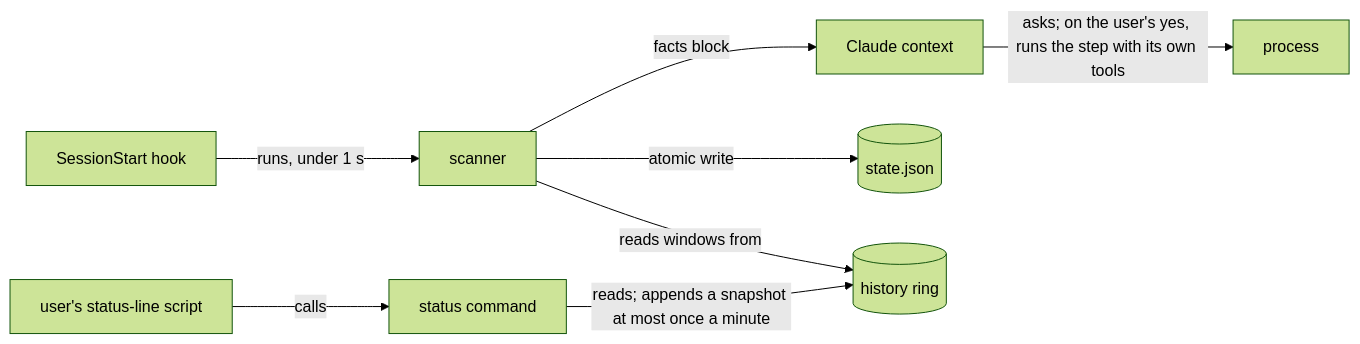
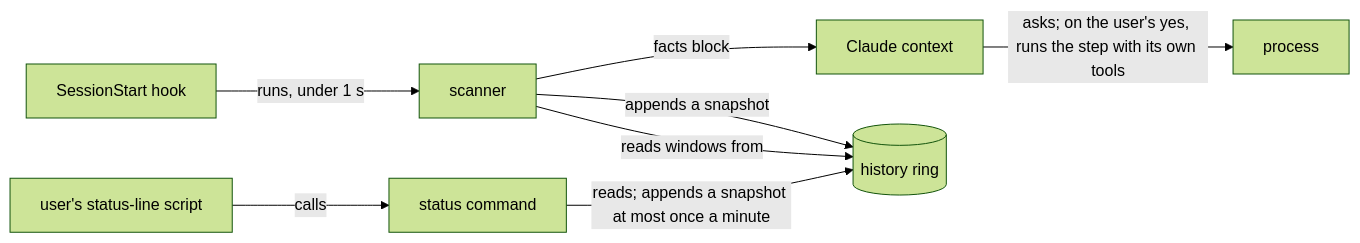
The diagram in docs/plans/machine-health-plugin.md (aquivalabs/BladeForge), drawn with Mermaid (forest theme) before and after one commit. The commit also changed other lines of this file and 2 other files, not shown here.

````diff
--- a/docs/plans/machine-health-plugin.md
+++ b/docs/plans/machine-health-plugin.md
@@ -57,10 +57,10 @@
 ```mermaid
 flowchart LR
   H[SessionStart hook] -->|runs, under 1 s| S[scanner]
   S -->|facts block| C[Claude context]
-  S -->|atomic write| J[(state.json)]
+  S -->|appends a snapshot| R
   L[user's status-line script] -->|calls| T[status command]
   T -->|reads; appends a snapshot at most once a minute| R[(history ring)]
   S -->|reads windows from| R
   C -->|asks; on the user's yes, runs the step with its own tools| P[process]
 ```
````
